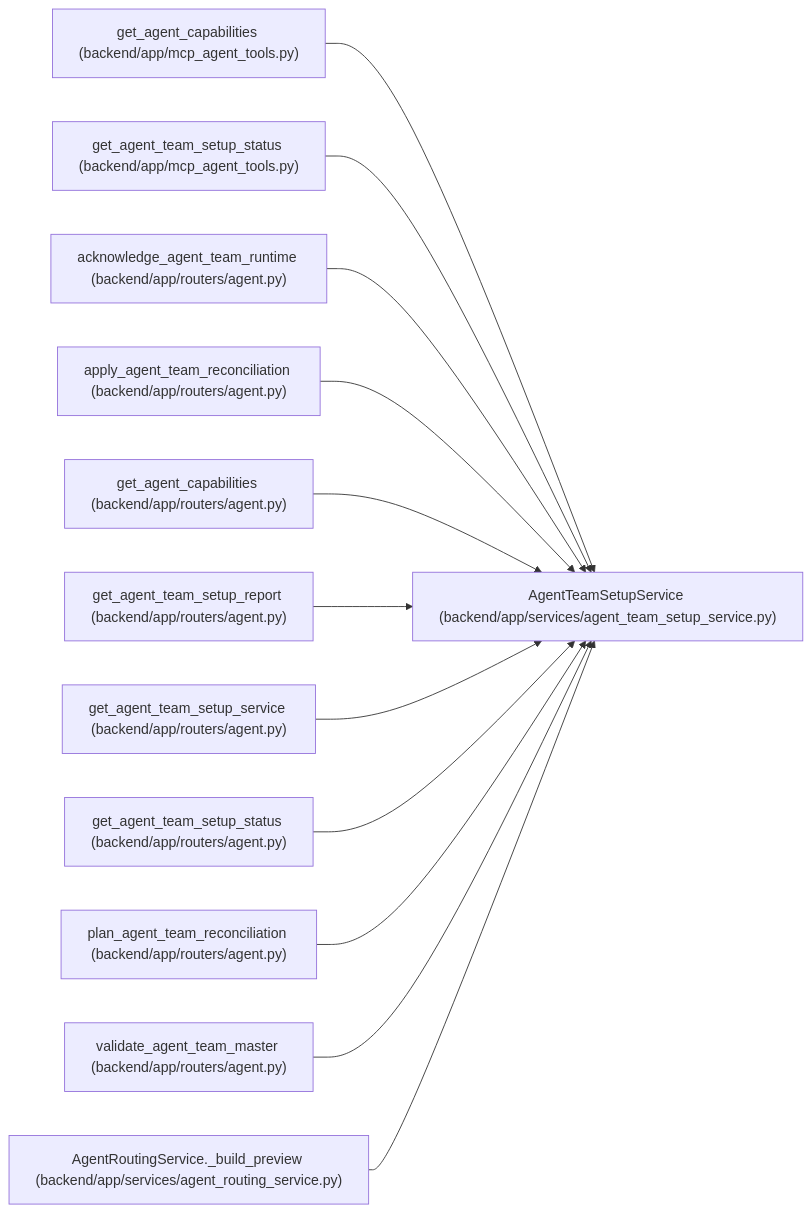
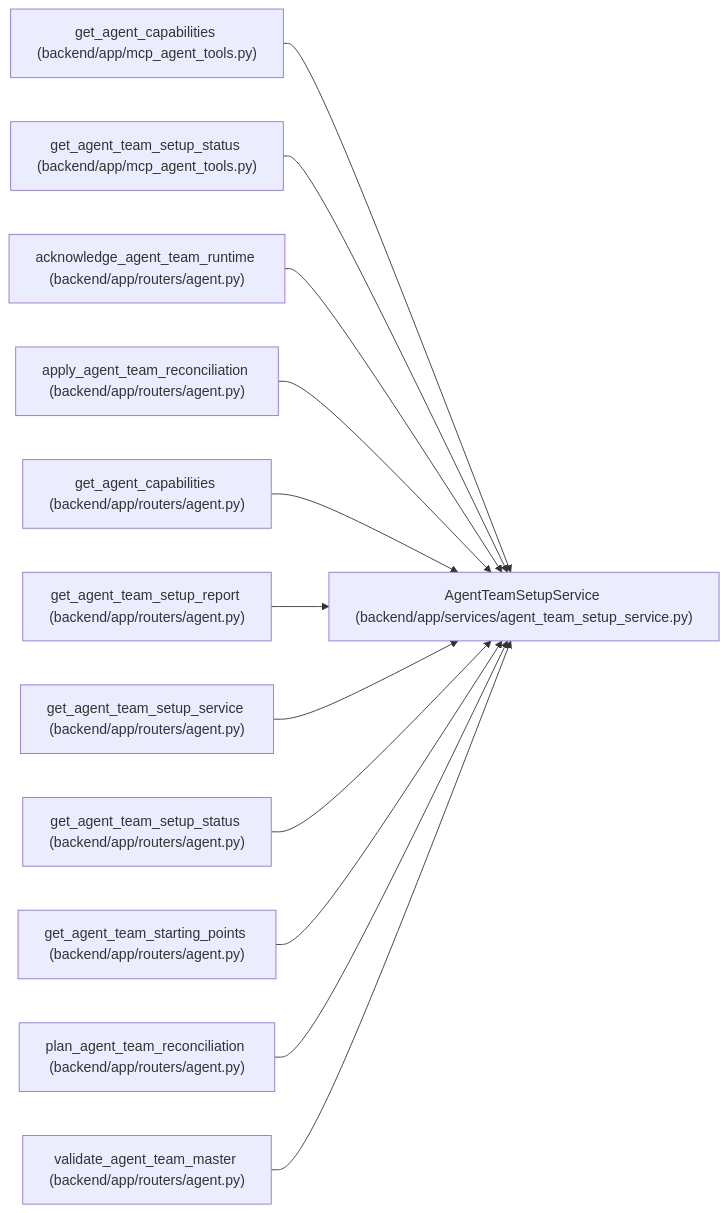
One commit to Denissvgn/WorkChord changed the diagram in docs/llm_wiki/entities/AgentTeamSetupService.md. Above: the diagram before and after it, drawn with Mermaid. The commit also changed other lines of this file and 471 other files, not shown here.

Commit message:
docs(wiki): refresh for guided agent team setup

````diff
--- a/docs/llm_wiki/entities/AgentTeamSetupService.md
+++ b/docs/llm_wiki/entities/AgentTeamSetupService.md
@@ -72,38 +73,38 @@
 ```mermaid
 flowchart LR
     n0["AgentTeamSetupService (backend/app/services/agent_team_setup_service.py)"]
     n1["get_agent_capabilities (backend/app/mcp_agent_tools.py)"]
     n2["get_agent_team_setup_status (backend/app/mcp_agent_tools.py)"]
     n3["acknowledge_agent_team_runtime (backend/app/routers/agent.py)"]
     n4["apply_agent_team_reconciliation (backend/app/routers/agent.py)"]
     n5["get_agent_capabilities (backend/app/routers/agent.py)"]
     n6["get_agent_team_setup_report (backend/app/routers/agent.py)"]
     n7["get_agent_team_setup_service (backend/app/routers/agent.py)"]
     n8["get_agent_team_setup_status (backend/app/routers/agent.py)"]
-    n9["plan_agent_team_reconciliation (backend/app/routers/agent.py)"]
-    n10["validate_agent_team_master (backend/app/routers/agent.py)"]
-    n11["AgentRoutingService._build_preview (backend/app/services/agent_routing_service.py)"]
+    n9["get_agent_team_starting_points (backend/app/routers/agent.py)"]
+    n10["plan_agent_team_reconciliation (backend/app/routers/agent.py)"]
+    n11["validate_agent_team_master (backend/app/routers/agent.py)"]
     n1 --> n0
     n2 --> n0
     n3 --> n0
     n4 --> n0
     n5 --> n0
     n6 --> n0
     n7 --> n0
     n8 --> n0
     n9 --> n0
     n10 --> n0
     n11 --> n0
     click n0 "../modules/agent_team_setup_service.md"
     click n1 "../modules/mcp_agent_tools.md"
     click n2 "../modules/mcp_agent_tools.md"
     click n3 "../modules/routers_agent.md"
     click n4 "../modules/routers_agent.md"
     click n5 "../modules/routers_agent.md"
     click n6 "../modules/routers_agent.md"
     click n7 "../modules/routers_agent.md"
     click n8 "../modules/routers_agent.md"
     click n9 "../modules/routers_agent.md"
     click n10 "../modules/routers_agent.md"
-    click n11 "../modules/agent_routing_service.md"
+    click n11 "../modules/routers_agent.md"
 ```
````
